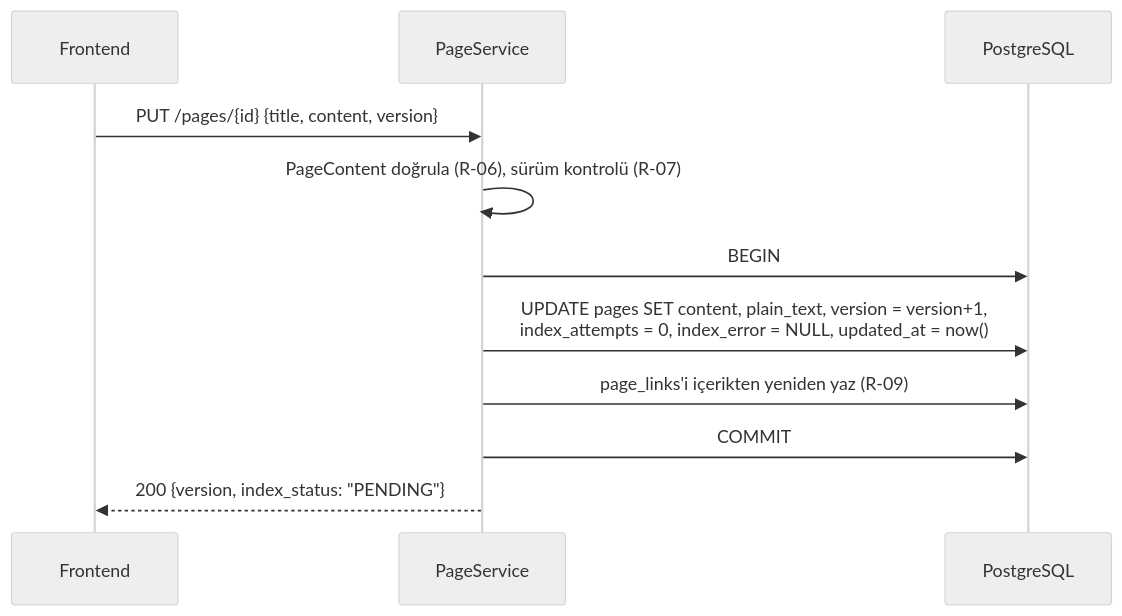
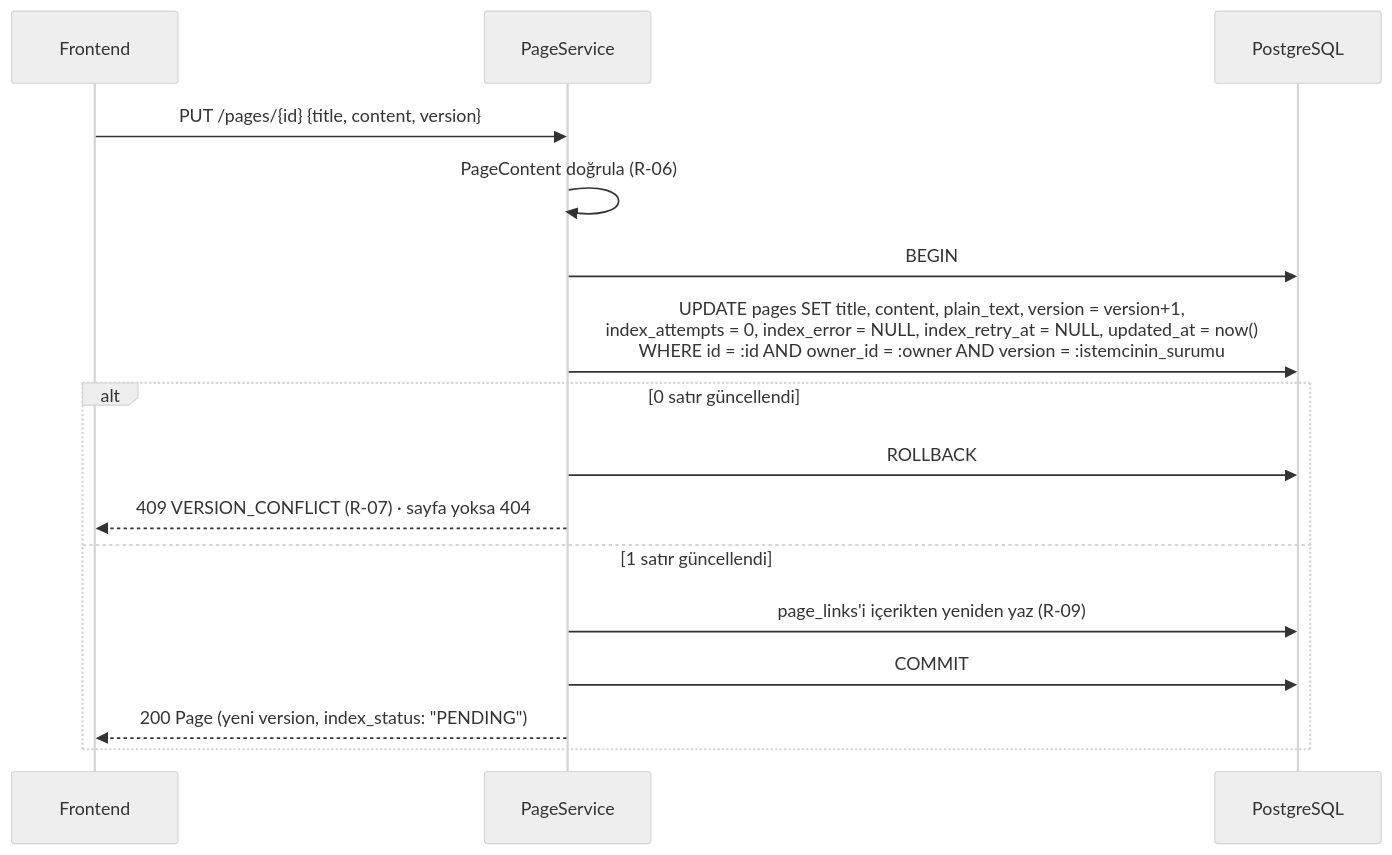
Before and after one commit to semihbekdas/sari-takim-kovan: the second of 4 diagrams in docs/architecture.md, drawn with Mermaid (neutral theme). The commit also changed other lines of this file and 2 other files, not shown here.

Commit message:
docs: indeksleme koşulu NULL güvenli; sürüm kontrolü UPDATE'in kendi koşulu
Hiç indekslenmemiş sayfada indexed_version NULL olduğu için 'indexed_version ≠ version' SQL'de satır seçmezdi; koşul IS DISTINCT FROM ile yazıldı (architecture § 5.2, ADR-005, R-10). Kayıt akışında sürüm kontrolü UPDATE'ten ayrıydı; aynı anda gelen iki kayıt birbirini ezebilirdi: kontrol artık UPDATE ... WHERE version = :istemcinin_surumu (R-07). Başarı ve düzenlemede index_error/index_retry_at sıfırlanması, bekleme formülündeki n'in anlamı ve kalıcı silmede Qdrant noktalarının önce silinmesi netleştirildi.

````diff
--- a/docs/architecture.md
+++ b/docs/architecture.md
@@ -134,13 +134,18 @@
 ```mermaid
 sequenceDiagram
     participant FE as Frontend
     participant S as PageService
     participant DB as PostgreSQL
     FE->>S: PUT /pages/{id} {title, content, version}
-    S->>S: PageContent doğrula (R-06), sürüm kontrolü (R-07)
+    S->>S: PageContent doğrula (R-06)
     S->>DB: BEGIN
-    S->>DB: UPDATE pages SET content, plain_text, version = version+1,<br/>index_attempts = 0, index_error = NULL, updated_at = now()
-    S->>DB: page_links'i içerikten yeniden yaz (R-09)
-    S->>DB: COMMIT
-    S-->>FE: 200 {version, index_status: "PENDING"}
+    S->>DB: UPDATE pages SET title, content, plain_text, version = version+1,<br/>index_attempts = 0, index_error = NULL, index_retry_at = NULL, updated_at = now()<br/>WHERE id = :id AND owner_id = :owner AND version = :istemcinin_surumu
+    alt 0 satır güncellendi
+        S->>DB: ROLLBACK
+        S-->>FE: 409 VERSION_CONFLICT (R-07) · sayfa yoksa 404
+    else 1 satır güncellendi
+        S->>DB: page_links'i içerikten yeniden yaz (R-09)
+        S->>DB: COMMIT
+        S-->>FE: 200 Page (yeni version, index_status: "PENDING")
+    end
 ```
````
